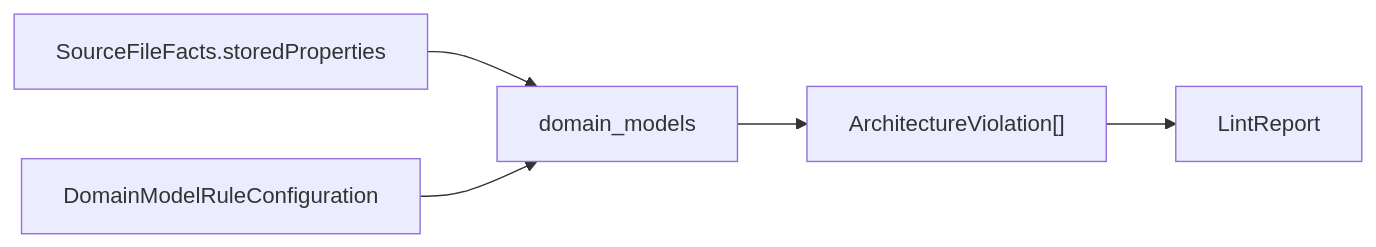
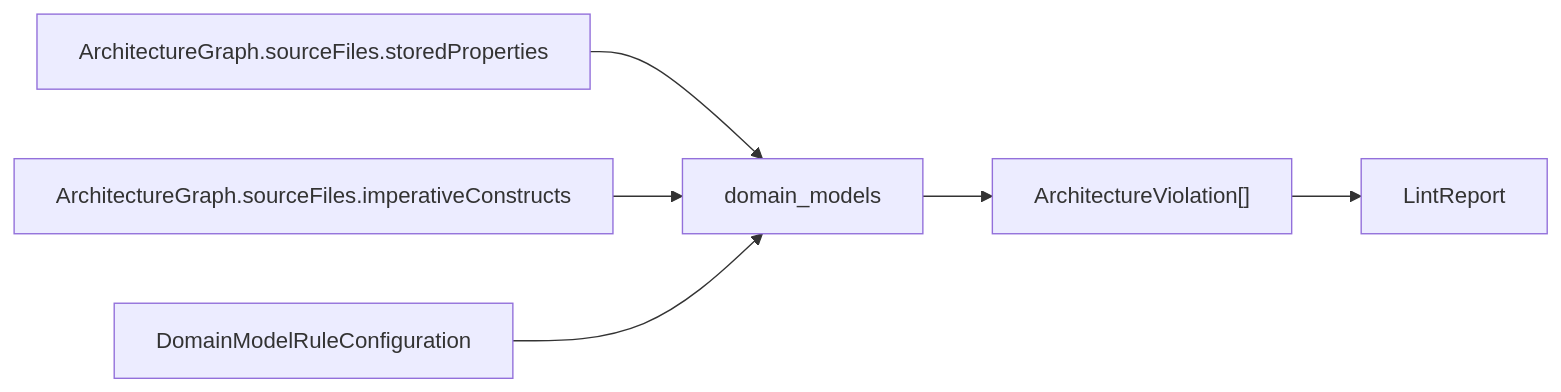
One commit to RoyalPineapple/BumperBowling changed the sixth of 7 diagrams in docs/ARCHITECTURE_SNAPSHOT.md. Above: the diagram before and after it, drawn with Mermaid. The commit also changed other lines of this file and 17 other files, not shown here.

Commit message:
Reframe DSL around architecture graph

````diff
--- a/docs/ARCHITECTURE_SNAPSHOT.md
+++ b/docs/ARCHITECTURE_SNAPSHOT.md
@@ -82,7 +84,8 @@
 ```mermaid
 flowchart LR
-    Properties["SourceFileFacts.storedProperties"] --> DomainModels["domain_models"]
-    Taste["DomainModelRuleConfiguration"] --> DomainModels
+    Properties["ArchitectureGraph.sourceFiles.storedProperties"] --> DomainModels["domain_models"]
+    Imperative["ArchitectureGraph.sourceFiles.imperativeConstructs"] --> DomainModels
+    Policy["DomainModelRuleConfiguration"] --> DomainModels
     DomainModels --> Findings["ArchitectureViolation[]"]
     Findings --> Report["LintReport"]
 ```
````
